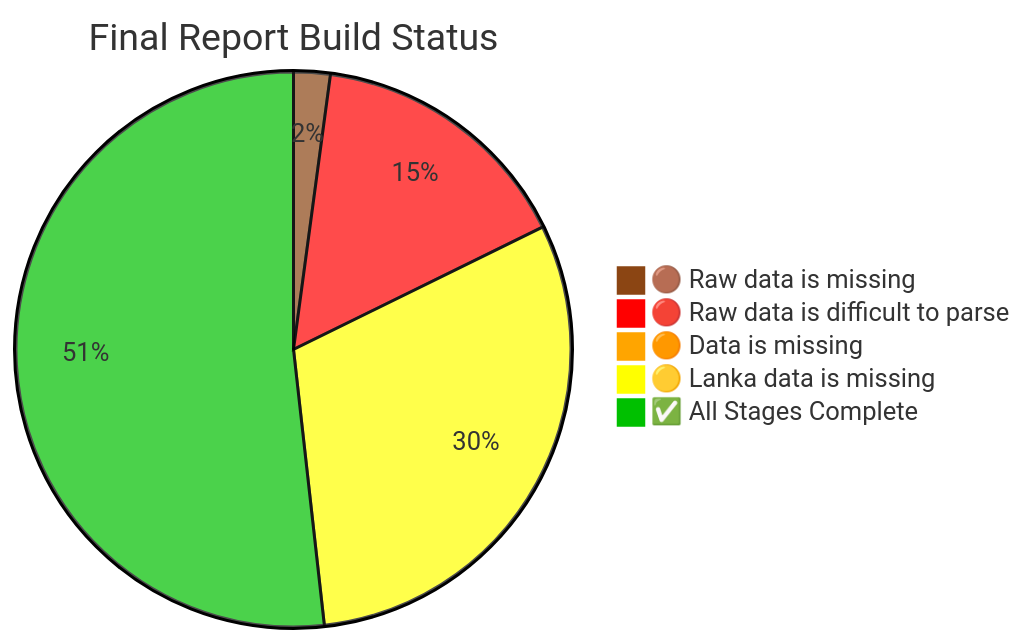
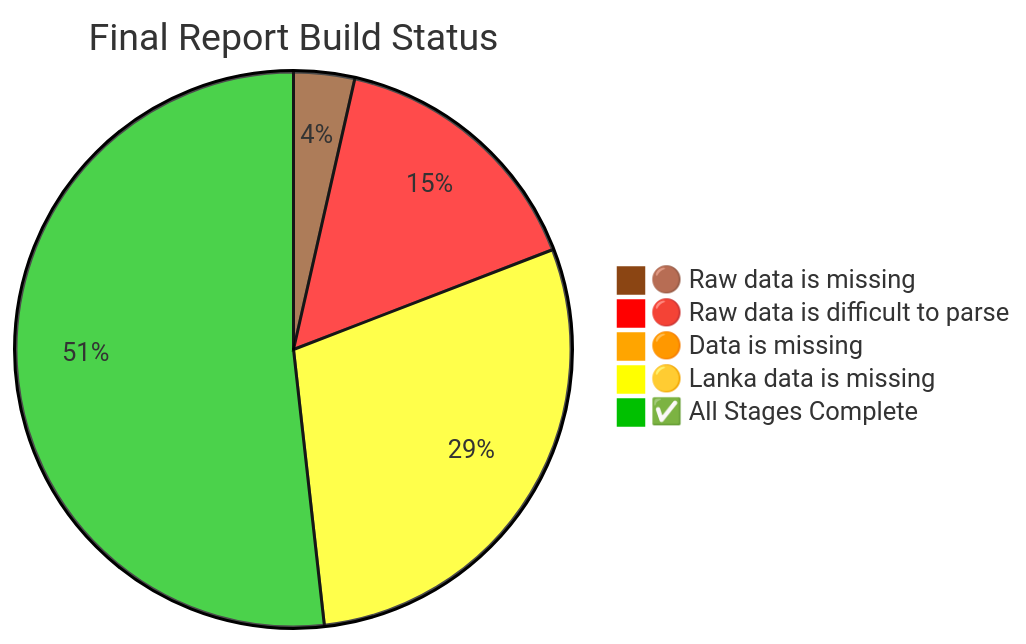
Before and after one commit to nuuuwan/lk_census_2024: the diagram in README.md, drawn with Mermaid. The commit also changed other lines of this file and 5 other files, not shown here.

````diff
--- a/README.md
+++ b/README.md
@@ -220,9 +220,9 @@
 ```mermaid
 %%{init: {"theme": "base", "themeVariables": {"pie1": "#8B4513", "pie2": "#FF0000", "pie3": "#FFA500", "pie4": "#FFFF00", "pie5": "#00c000"}}}%%
 pie title Final Report Build Status
-"🟤 Raw data is missing" : 3
+"🟤 Raw data is missing" : 5
     "🔴 Raw data is difficult to parse" : 22
     "🟠 Data is missing" : 1
-    "🟡 Lanka data is missing" : 43
+    "🟡 Lanka data is missing" : 41
     "✅ All Stages Complete" : 73
 ```
````
